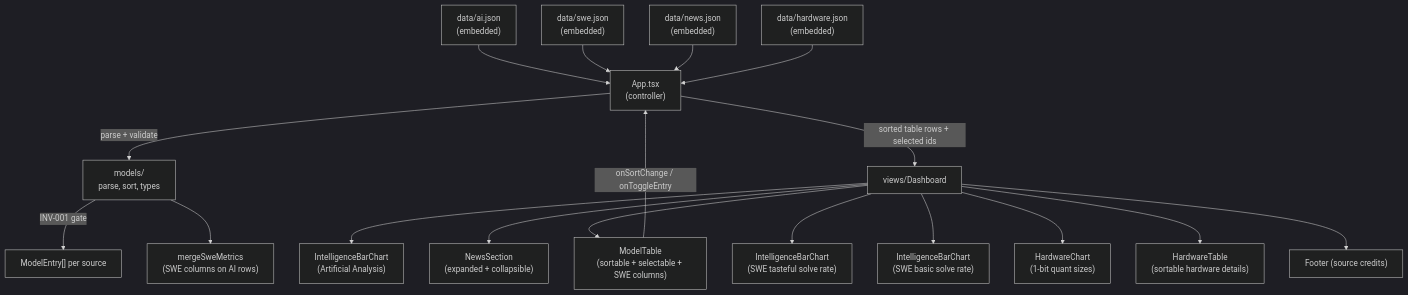
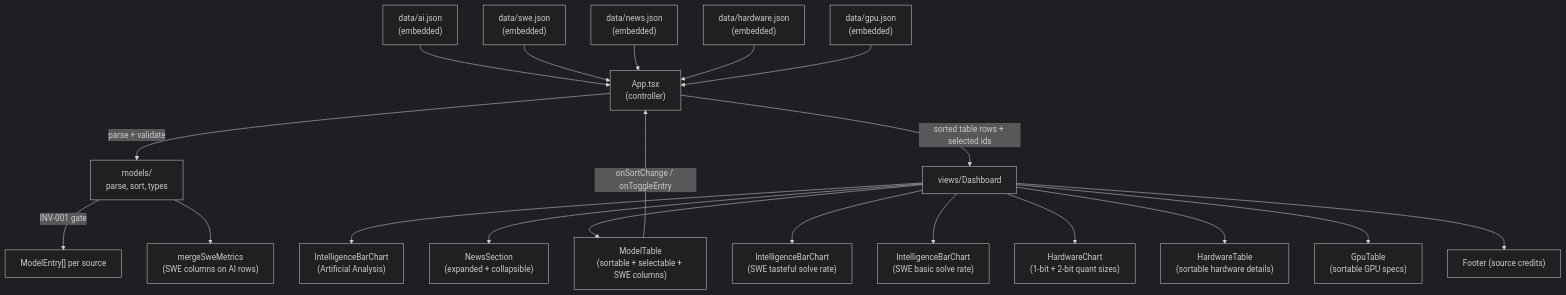
One commit to johnpfeiffer/benchmarks changed the first of 2 diagrams in architecture.md. Above: the diagram before and after it, drawn with Mermaid (dark theme). The commit also changed other lines of this file and 10 other files, not shown here.

First line of the commit message:
feat: add Nemotron 3 Ultra to hardware, add GPU specs table

````diff
--- a/architecture.md
+++ b/architecture.md
@@ -24,20 +25,22 @@
 ```mermaid
 flowchart TD
     AIJSON["data/ai.json<br/>(embedded)"] --> App["App.tsx<br/>(controller)"]
     SWEJSON["data/swe.json<br/>(embedded)"] --> App
     NEWSJSON["data/news.json<br/>(embedded)"] --> App
     HWJSON["data/hardware.json<br/>(embedded)"] --> App
+    GPUJSON["data/gpu.json<br/>(embedded)"] --> App
     App -->|parse + validate| Models["models/<br/>parse, sort, types"]
     Models -->|INV-001 gate| Validated["ModelEntry[] per source"]
     Models --> Merge["mergeSweMetrics<br/>(SWE columns on AI rows)"]
     App -->|sorted table rows + selected ids| Dashboard["views/Dashboard"]
     Dashboard --> ChartA["IntelligenceBarChart<br/>(Artificial Analysis)"]
     Dashboard --> News["NewsSection<br/>(expanded + collapsible)"]
     Dashboard --> Table["ModelTable<br/>(sortable + selectable + SWE columns)"]
     Dashboard --> ChartB["IntelligenceBarChart<br/>(SWE tasteful solve rate)"]
     Dashboard --> ChartC["IntelligenceBarChart<br/>(SWE basic solve rate)"]
-    Dashboard --> HWChart["HardwareChart<br/>(1-bit quant sizes)"]
+    Dashboard --> HWChart["HardwareChart<br/>(1-bit + 2-bit quant sizes)"]
     Dashboard --> HWTable["HardwareTable<br/>(sortable hardware details)"]
+    Dashboard --> GPUTable["GpuTable<br/>(sortable GPU specs)"]
     Dashboard --> Footer["Footer (source credits)"]
     Table -->|onSortChange / onToggleEntry| App
 ```
````
